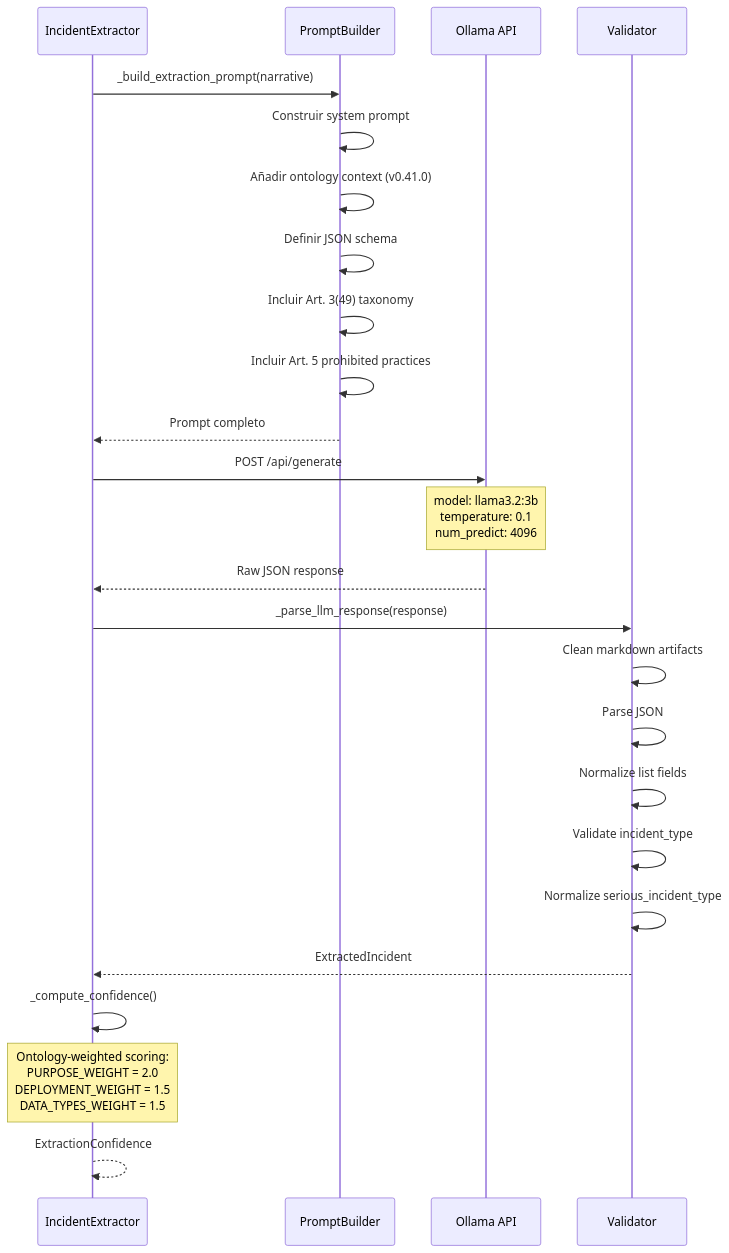
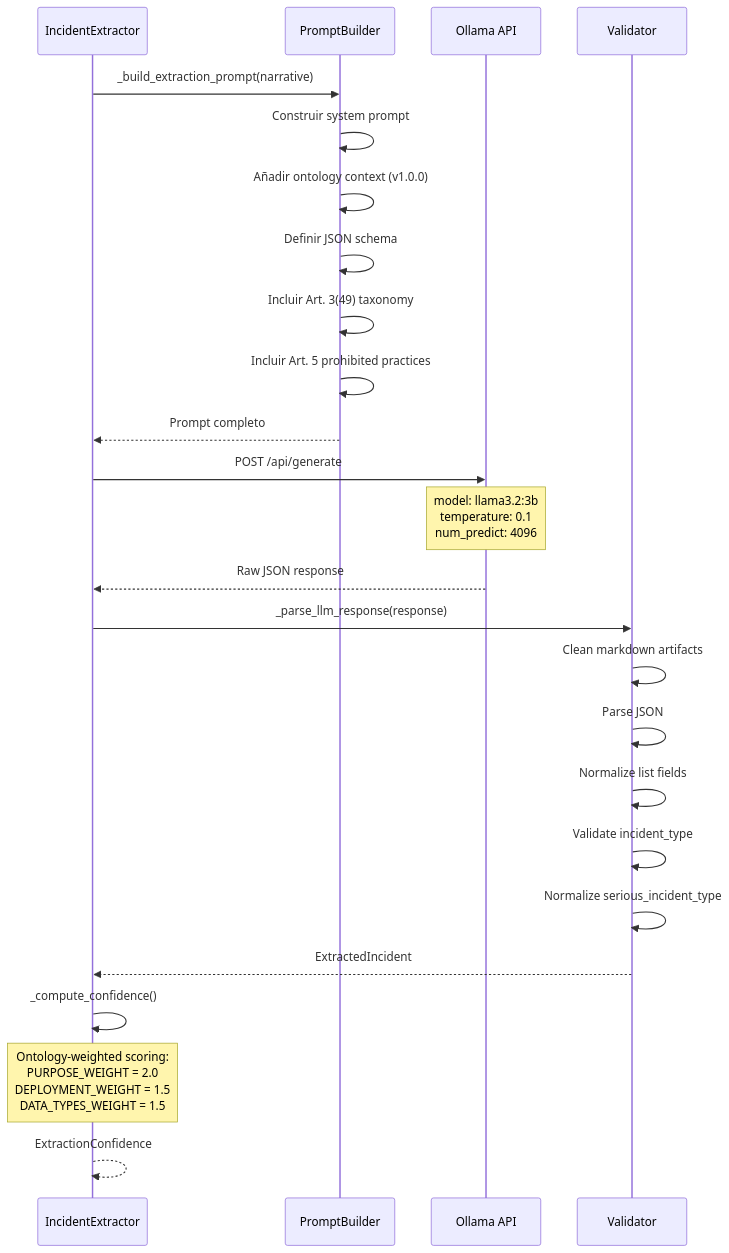
One commit to cartesiosson/ai_act_project changed the fifth of 7 diagrams in forensic_agent/README.md. Above: the diagram before and after it, drawn with Mermaid. The commit also changed other lines of this file and 18 other files, not shown here.

````diff
--- a/forensic_agent/README.md
+++ b/forensic_agent/README.md
@@ -296,33 +296,33 @@
 ```mermaid
 sequenceDiagram
     participant IE as IncidentExtractor
     participant PB as PromptBuilder
     participant OL as Ollama API
     participant VP as Validator
 
     IE->>PB: _build_extraction_prompt(narrative)
     PB->>PB: Construir system prompt
-    PB->>PB: Añadir ontology context (v0.41.0)
+    PB->>PB: Añadir ontology context (v1.0.0)
     PB->>PB: Definir JSON schema
     PB->>PB: Incluir Art. 3(49) taxonomy
     PB->>PB: Incluir Art. 5 prohibited practices
     PB-->>IE: Prompt completo
 
     IE->>OL: POST /api/generate
     Note over OL: model: llama3.2:3b<br/>temperature: 0.1<br/>num_predict: 4096
 
     OL-->>IE: Raw JSON response
 
     IE->>VP: _parse_llm_response(response)
     VP->>VP: Clean markdown artifacts
     VP->>VP: Parse JSON
     VP->>VP: Normalize list fields
     VP->>VP: Validate incident_type
     VP->>VP: Normalize serious_incident_type
     VP-->>IE: ExtractedIncident
 
     IE->>IE: _compute_confidence()
     Note over IE: Ontology-weighted scoring:<br/>PURPOSE_WEIGHT = 2.0<br/>DEPLOYMENT_WEIGHT = 1.5<br/>DATA_TYPES_WEIGHT = 1.5
 
     IE-->>IE: ExtractionConfidence
 ```
````
